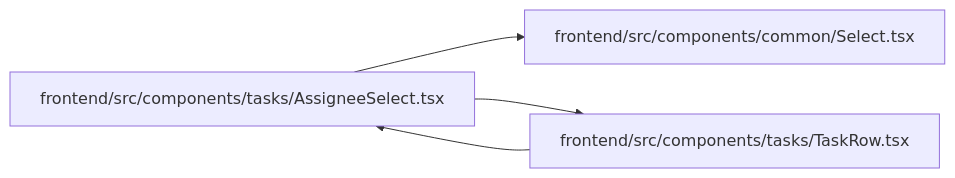
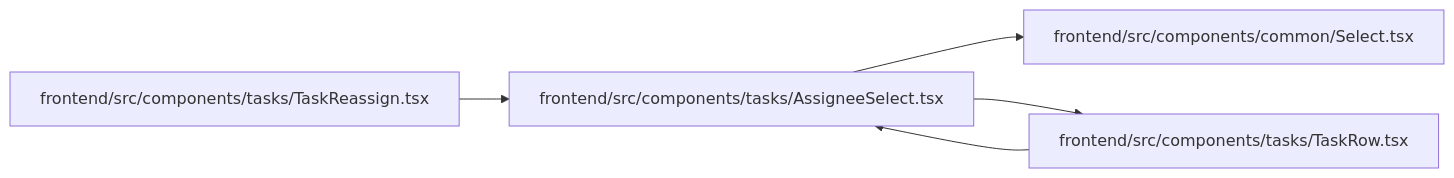
Before and after one commit to Denissvgn/WorkChord: the diagram in docs/llm_wiki/modules/AssigneeSelect.md, drawn with Mermaid. The commit also changed other lines of this file and 728 other files, not shown here.

Commit message:
Sync the architectural wiki for the reassign reviewer warning

````diff
--- a/docs/llm_wiki/modules/AssigneeSelect.md
+++ b/docs/llm_wiki/modules/AssigneeSelect.md
@@ -28,12 +28,15 @@
 ```mermaid
 flowchart LR
     n0["frontend/src/components/common/Select.tsx"]
     n1["frontend/src/components/tasks/AssigneeSelect.tsx"]
-    n2["frontend/src/components/tasks/TaskRow.tsx"]
+    n2["frontend/src/components/tasks/TaskReassign.tsx"]
+    n3["frontend/src/components/tasks/TaskRow.tsx"]
     n1 --> n0
-    n1 --> n2
+    n1 --> n3
     n2 --> n1
+    n3 --> n1
     click n0 "../modules/Select.md"
     click n1 "../modules/AssigneeSelect.md"
-    click n2 "../modules/TaskRow.md"
+    click n2 "../modules/TaskReassign.md"
+    click n3 "../modules/TaskRow.md"
 ```
````
